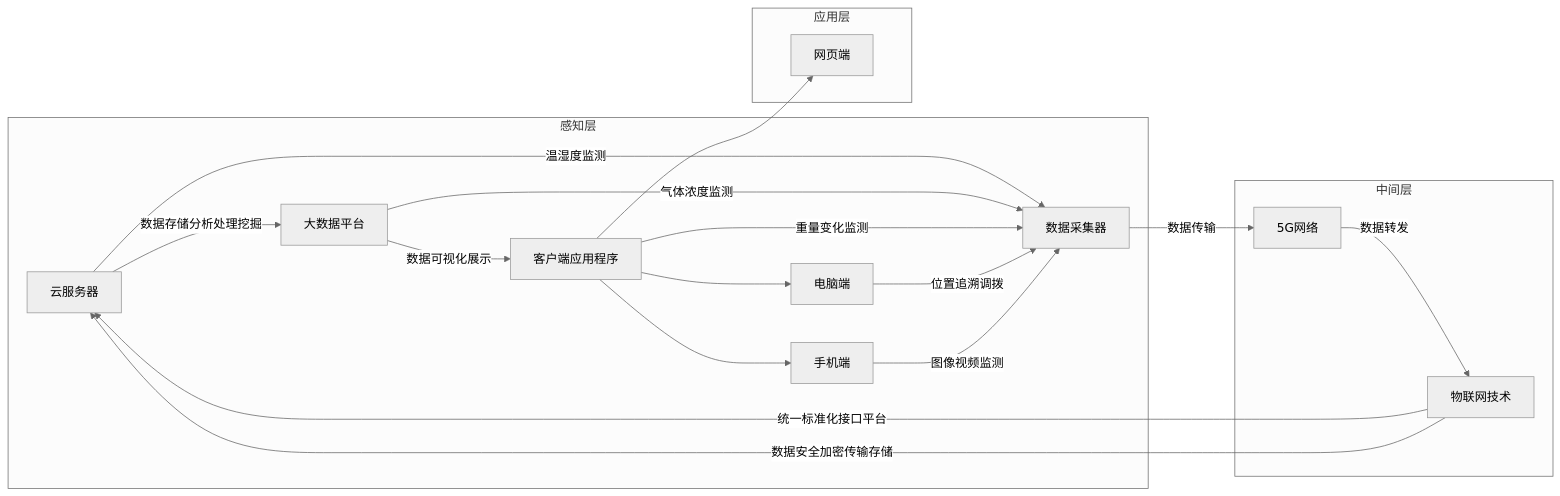
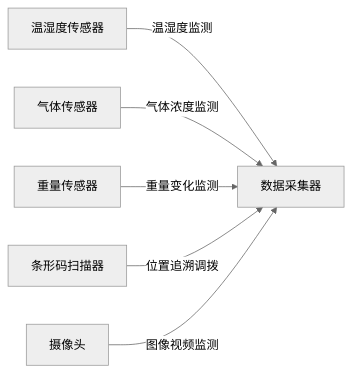
The second of 2 diagrams in Math/线代/行列式典型例题分析.md (Chenyinlin-Yiking/obsidian), drawn with Mermaid (neutral theme) before and after one commit.

Commit message:
vault backup: 2023-06-09 19:38:12

````diff
--- a/Math/线代/行列式典型例题分析.md
+++ b/Math/线代/行列式典型例题分析.md
@@ -70,24 +70,9 @@
 ```mermaid
 graph LR
-subgraph 感知层
 D[温湿度传感器] -->|温湿度监测| A[数据采集器]
 E[气体传感器] -->|气体浓度监测| A
 F[重量传感器] -->|重量变化监测| A
 G[条形码扫描器] -->|位置追溯调拨| A
 H[摄像头] -->|图像视频监测| A
-end
-subgraph 中间层
-A -->|数据传输| B[5G网络]
-B -->|数据转发| C[物联网技术]
-C -->|统一标准化接口平台| D[云服务器]
-C -->|数据安全加密传输存储| D
-end
-subgraph 应用层
-D -->|数据存储分析处理挖掘| E[大数据平台]
-E -->|数据可视化展示| F[客户端应用程序]
-F --> G[电脑端]
-F --> H[手机端]
-F --> I[网页端]
-end
 
 ```
````
